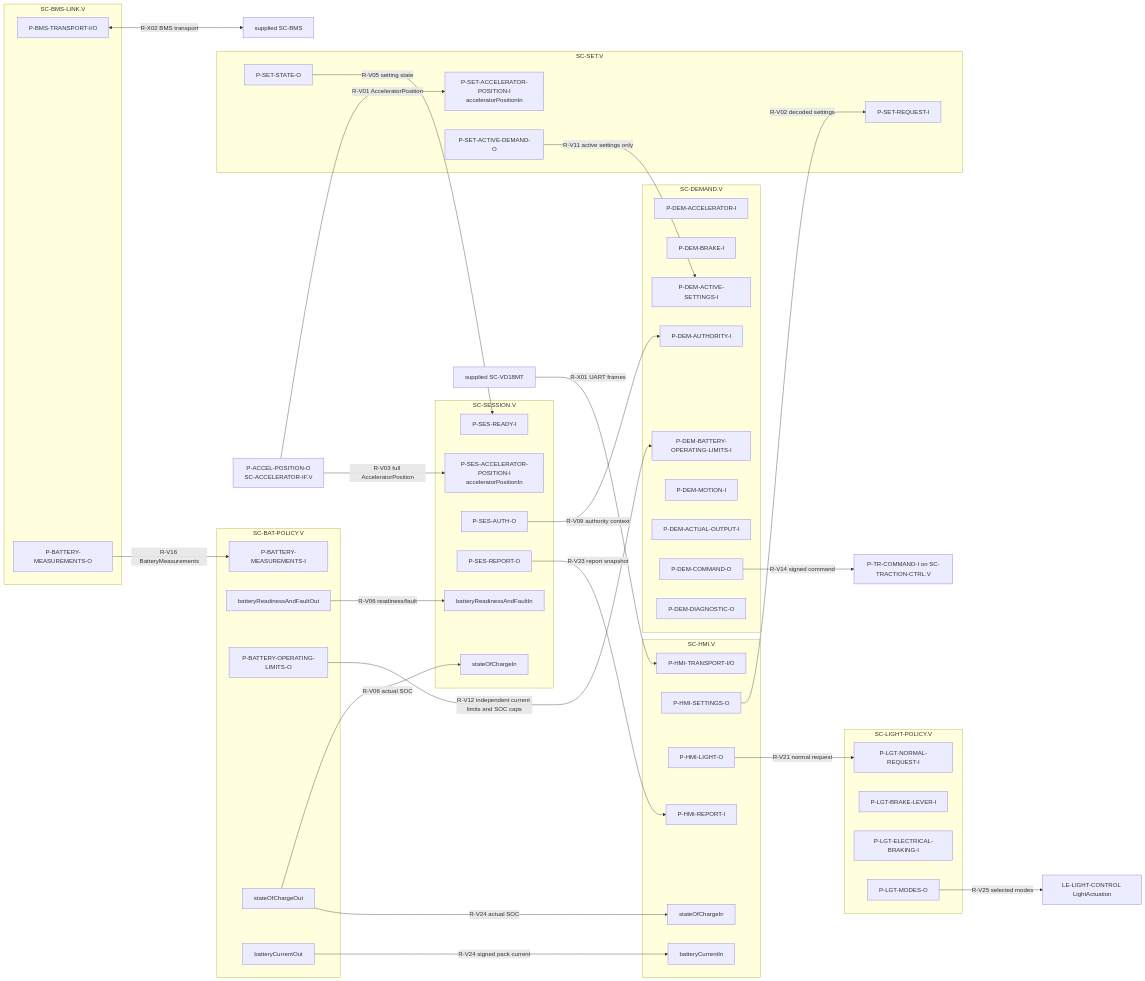
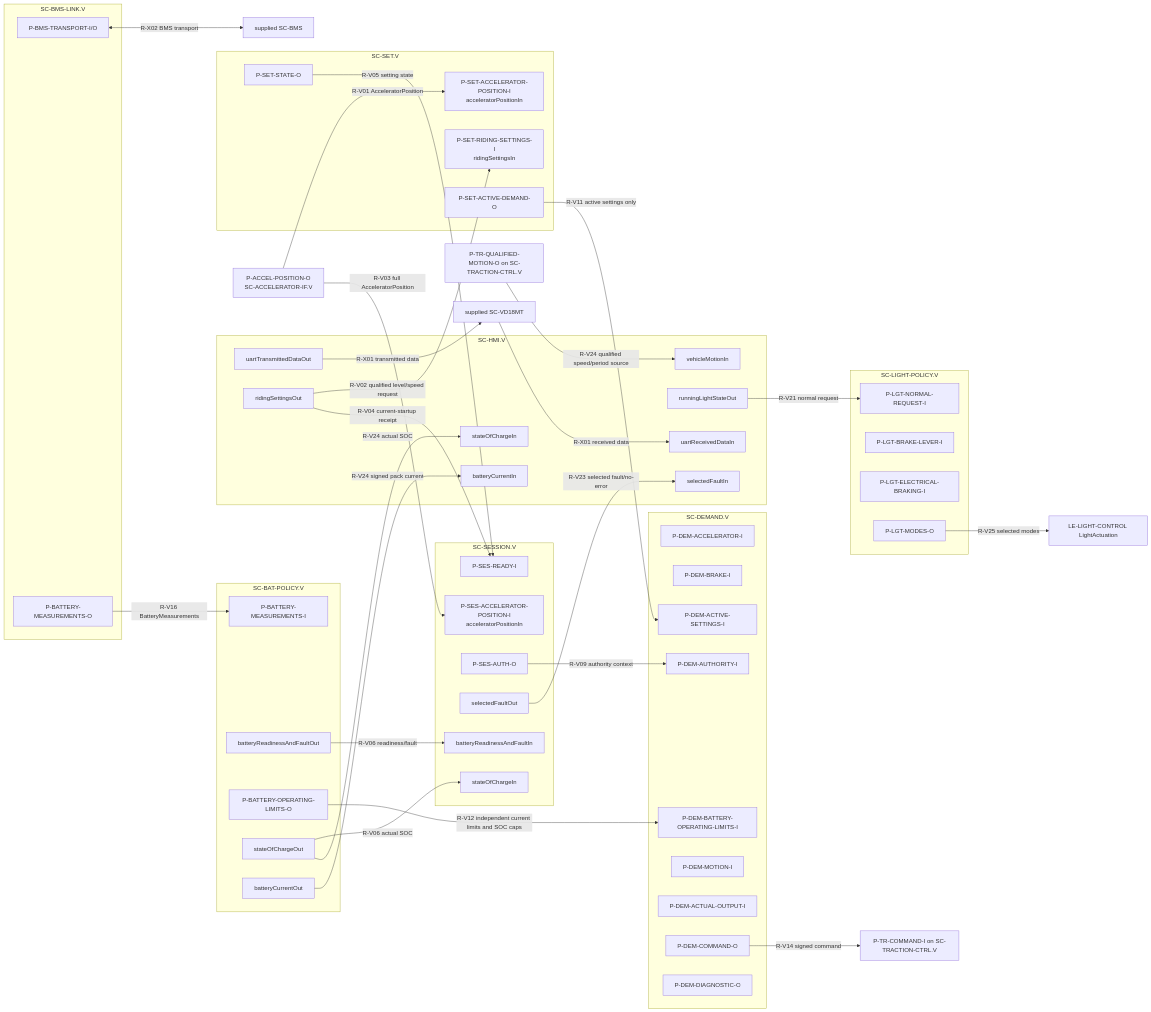
Before and after one commit to dhellhake/X2CityMCU: the second of 4 diagrams in .devenv/Architecture/SoftwareArchitecture/ARCH-003_Software_Architecture.md, drawn with Mermaid. The commit also changed other lines of this file and 62 other files, not shown here.

Commit message:
Refactored System Architecture to form HMIControl

````diff
--- a/.devenv/Architecture/SoftwareArchitecture/ARCH-003_Software_Architecture.md
+++ b/.devenv/Architecture/SoftwareArchitecture/ARCH-003_Software_Architecture.md
@@ -239,71 +239,76 @@
 ```mermaid
 flowchart LR
     subgraph HMI[SC-HMI.V]
-        HTR[P-HMI-TRANSPORT-I/O]
-        HSE[P-HMI-SETTINGS-O]
-        HLI[P-HMI-LIGHT-O]
-        HRI[P-HMI-REPORT-I]
+        HRX[uartReceivedDataIn]
+        HTX[uartTransmittedDataOut]
+        HSE[ridingSettingsOut]
+        HLI[runningLightStateOut]
+        HFI[selectedFaultIn]
         HSI[stateOfChargeIn]
         HCI[batteryCurrentIn]
+        HMI_MOTION[vehicleMotionIn]
     end
     subgraph SET[SC-SET.V]
-        SRI[P-SET-REQUEST-I]
+        SRI[P-SET-RIDING-SETTINGS-I\nridingSettingsIn]
         SAP[P-SET-ACCELERATOR-POSITION-I\nacceleratorPositionIn]
         SSO[P-SET-STATE-O]
         SAD[P-SET-ACTIVE-DEMAND-O]
     end
     subgraph SES[SC-SESSION.V]
         SEDI[P-SES-READY-I]
         SEA[P-SES-ACCELERATOR-POSITION-I\nacceleratorPositionIn]
         SEAO[P-SES-AUTH-O]
-        SERO[P-SES-REPORT-O]
+        SERO[selectedFaultOut]
         SBR[batteryReadinessAndFaultIn]
         SSO_SOC[stateOfChargeIn]
     end
     subgraph DEM[SC-DEMAND.V]
         DAI[P-DEM-ACCELERATOR-I]
         DBI[P-DEM-BRAKE-I]
         DSI[P-DEM-ACTIVE-SETTINGS-I]
         DAU[P-DEM-AUTHORITY-I]
         DBC[P-DEM-BATTERY-OPERATING-LIMITS-I]
         DMO[P-DEM-MOTION-I]
         DAO[P-DEM-ACTUAL-OUTPUT-I]
         DEO[P-DEM-COMMAND-O]
         DDO[P-DEM-DIAGNOSTIC-O]
     end
     subgraph BMS[SC-BMS-LINK.V]
         BTI[P-BMS-TRANSPORT-I/O]
         BTO[P-BATTERY-MEASUREMENTS-O]
     end
     subgraph BAT[SC-BAT-POLICY.V]
         BFI[P-BATTERY-MEASUREMENTS-I]
         BRO[batteryReadinessAndFaultOut]
         BEO[P-BATTERY-OPERATING-LIMITS-O]
         BSO[stateOfChargeOut]
         BCO[batteryCurrentOut]
     end
     subgraph LGT[SC-LIGHT-POLICY.V]
         LNR[P-LGT-NORMAL-REQUEST-I]
         LBI[P-LGT-BRAKE-LEVER-I]
         LEBI[P-LGT-ELECTRICAL-BRAKING-I]
         LMO[P-LGT-MODES-O]
     end
-    VD[supplied SC-VD18MT] -->|R-X01 UART frames| HTR
+    VD[supplied SC-VD18MT] -->|R-X01 received data| HRX
+    HTX -->|R-X01 transmitted data| VD
     AIP[P-ACCEL-POSITION-O\nSC-ACCELERATOR-IF.V] -->|R-V01 AcceleratorPosition| SAP
     AIP -->|R-V03 full AcceleratorPosition| SEA
-    HSE -->|R-V02 decoded settings| SRI
+    HSE -->|R-V02 qualified level/speed request| SRI
+    HSE -->|R-V04 current-startup receipt| SEDI
     SSO -->|R-V05 setting state| SEDI
     SEAO -->|R-V09 authority context| DAU
     SAD -->|R-V11 active settings only| DSI
     DEO -->|R-V14 signed command| TCI[P-TR-COMMAND-I on SC-TRACTION-CTRL.V]
     BTI <-->|R-X02 BMS transport| SB[supplied SC-BMS]
     BTO -->|R-V16 BatteryMeasurements| BFI
     BRO -->|R-V06 readiness/fault| SBR
     BSO -->|R-V06 actual SOC| SSO_SOC
     BEO -->|R-V12 independent current limits and SOC caps| DBC
     HLI -->|R-V21 normal request| LNR
-    SERO -->|R-V23 report snapshot| HRI
+    SERO -->|R-V23 selected fault/no-error| HFI
     BSO -->|R-V24 actual SOC| HSI
     BCO -->|R-V24 signed pack current| HCI
+    TMO2[P-TR-QUALIFIED-MOTION-O on SC-TRACTION-CTRL.V] -->|R-V24 qualified speed/period source| HMI_MOTION
     LMO -->|R-V25 selected modes| AUX[LE-LIGHT-CONTROL LightActuation]
 ```
````
